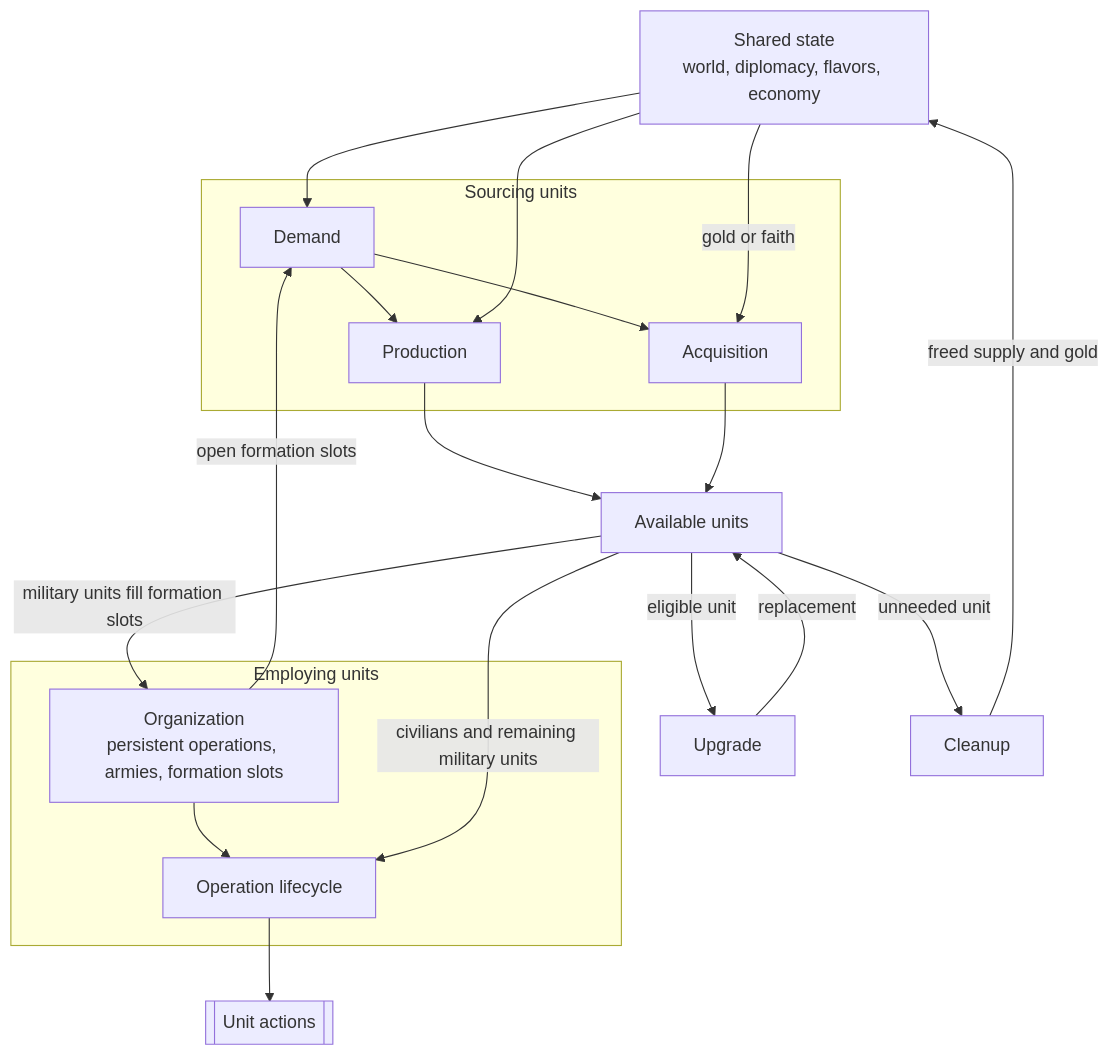
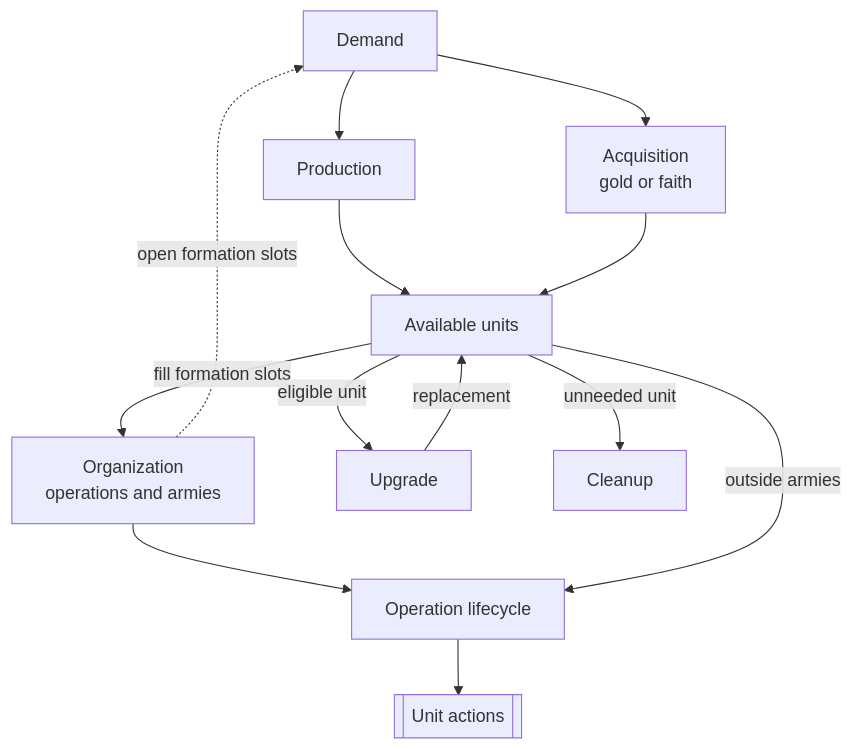
The first of 2 diagrams in docs/developers/civ5-dll/unit-ai/overview.md (vox-deorum/vox-deorum), drawn with Mermaid before and after one commit. The commit also changed other lines of this file and 13 other files, not shown here.

````diff
--- a/docs/developers/civ5-dll/unit-ai/overview.md
+++ b/docs/developers/civ5-dll/unit-ai/overview.md
@@ -34,27 +9,15 @@
 ```mermaid
 flowchart TD
-    S[Shared state<br/>world, diplomacy, flavors, economy]
-
-    subgraph Sourcing[Sourcing units]
-        D[Demand] --> P[Production]
-        D --> A[Acquisition]
-    end
-
-    subgraph Employing[Employing units]
-        O[Organization<br/>persistent operations, armies, formation slots] --> R[Operation lifecycle]
-    end
-
-    S --> D
-    S --> P
-    S -->|gold or faith| A
+    D[Demand] --> P[Production]
+    D --> A[Acquisition<br/>gold or faith]
     P --> V[Available units]
     A --> V
-    V -->|military units fill formation slots| O
-    V -->|civilians and remaining military units| R
-    O -->|open formation slots| D
+    V -->|fill formation slots| O[Organization<br/>operations and armies]
+    O --> R[Operation lifecycle]
+    V -->|outside armies| R
+    O -. open formation slots .-> D
     R --> X[[Unit actions]]
     V -->|eligible unit| U[Upgrade]
     U -->|replacement| V
     V -->|unneeded unit| C[Cleanup]
-    C -->|freed supply and gold| S
 ```
````
